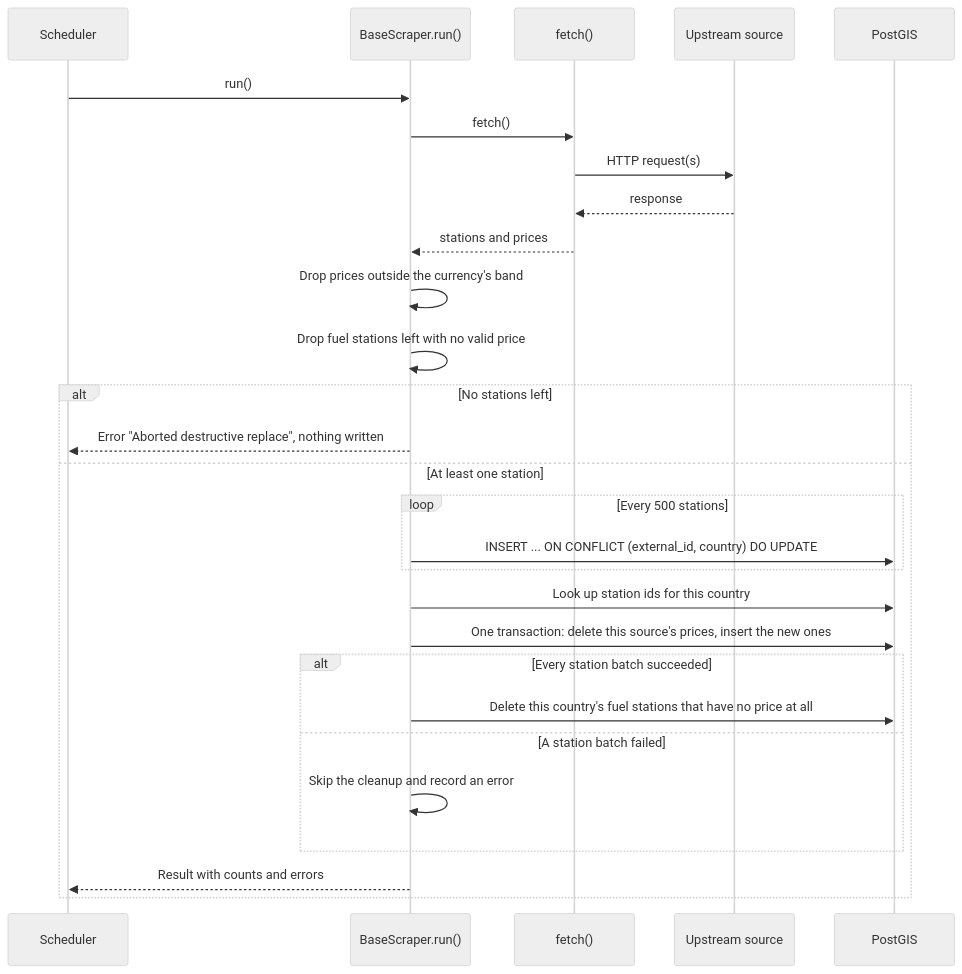
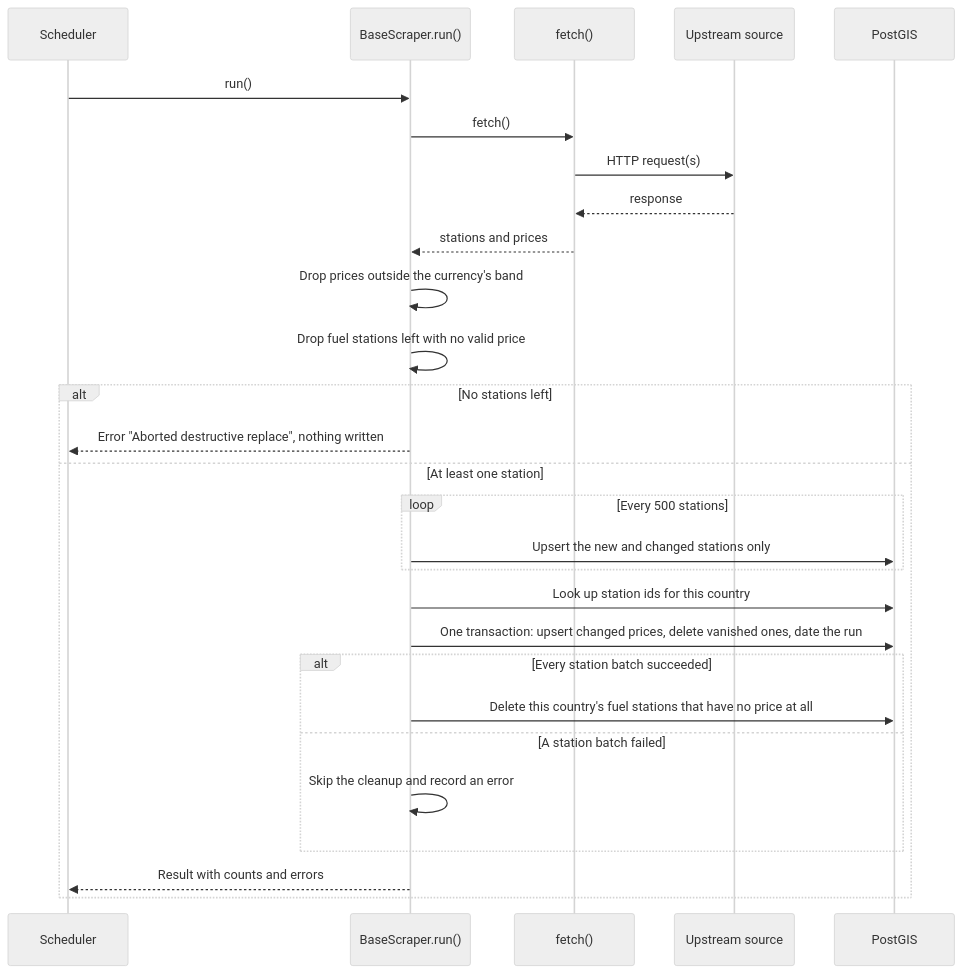
Before and after one commit to GeiserX/Pumperly: the diagram in docs/data/how-scrapers-work.md, drawn with Mermaid (neutral theme). The commit also changed other lines of this file and 35 other files, not shown here.

First line of the commit message:
perf(scrapers): stop rewriting unchanged prices and stations on every run

````diff
--- a/docs/data/how-scrapers-work.md
+++ b/docs/data/how-scrapers-work.md
@@ -34,31 +34,31 @@
 ```mermaid
 sequenceDiagram
     participant S as Scheduler
     participant R as BaseScraper.run()
     participant F as fetch()
     participant U as Upstream source
     participant DB as PostGIS
 
     S->>R: run()
     R->>F: fetch()
     F->>U: HTTP request(s)
     U-->>F: response
     F-->>R: stations and prices
     R->>R: Drop prices outside the currency's band
     R->>R: Drop fuel stations left with no valid price
     alt No stations left
         R-->>S: Error "Aborted destructive replace", nothing written
     else At least one station
         loop Every 500 stations
-            R->>DB: INSERT ... ON CONFLICT (external_id, country) DO UPDATE
+            R->>DB: Upsert the new and changed stations only
         end
         R->>DB: Look up station ids for this country
-        R->>DB: One transaction: delete this source's prices, insert the new ones
+        R->>DB: One transaction: upsert changed prices, delete vanished ones, date the run
         alt Every station batch succeeded
             R->>DB: Delete this country's fuel stations that have no price at all
         else A station batch failed
             R->>R: Skip the cleanup and record an error
         end
         R-->>S: Result with counts and errors
     end
 ```
````
